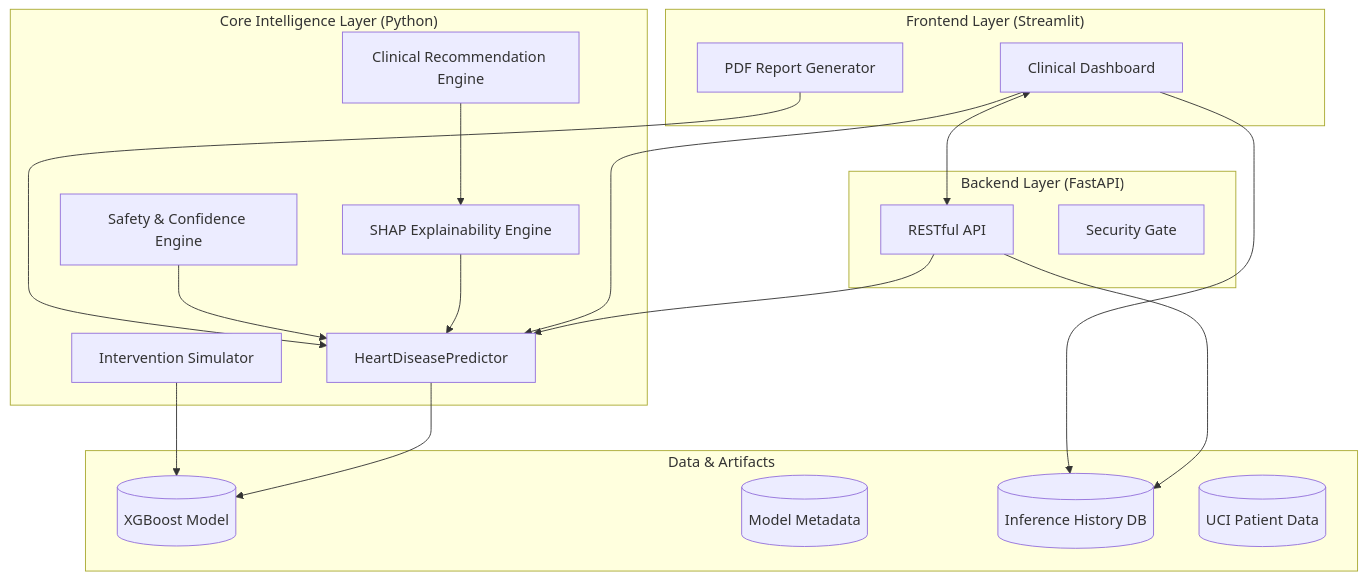
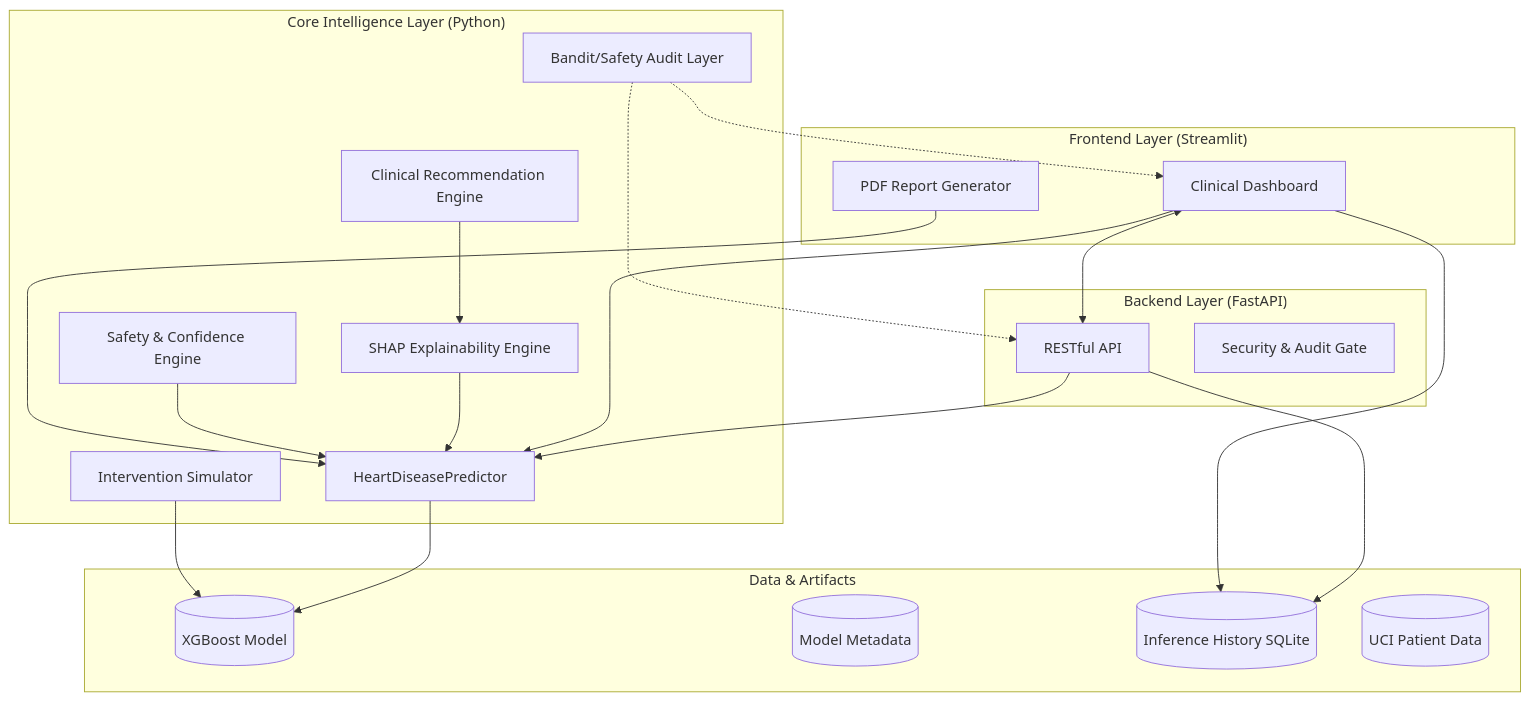
One commit to Khanz9664/CardioSense-AI changed the first of 3 diagrams in docs/ARCHITECTURE.md. Above: the diagram before and after it, drawn with Mermaid. The commit also changed other lines of this file and 5 other files, not shown here.

First line of the commit message:
docs: synchronize documentation suite with security audit and monitoring enhancements

````diff
--- a/docs/ARCHITECTURE.md
+++ b/docs/ARCHITECTURE.md
@@ -11,39 +11,42 @@
 ```mermaid
 graph TB
     subgraph "Frontend Layer (Streamlit)"
         UI[Clinical Dashboard]
         Report[PDF Report Generator]
     end
 
     subgraph "Backend Layer (FastAPI)"
         API[RESTful API]
-        Auth[Security Gate]
+        Auth[Security & Audit Gate]
     end
 
     subgraph "Core Intelligence Layer (Python)"
         Predictor[HeartDiseasePredictor]
         Explainer[SHAP Explainability Engine]
         Safety[Safety & Confidence Engine]
         Simulator[Intervention Simulator]
         Recommender[Clinical Recommendation Engine]
+        Audit[Bandit/Safety Audit Layer]
     end
 
     subgraph "Data & Artifacts"
         Model[(XGBoost Model)]
         Meta[(Model Metadata)]
-        Hist[(Inference History DB)]
+        Hist[(Inference History SQLite)]
         Data[(UCI Patient Data)]
     end
 
     UI <--> API
     API --> Predictor
     UI --> Predictor
     Predictor --> Model
     Explainer --> Predictor
     Safety --> Predictor
     Simulator --> Model
     Recommender --> Explainer
     Report --> Predictor
     API --> Hist
     UI --> Hist
+    Audit -.-> API
+    Audit -.-> UI
 ```
````
